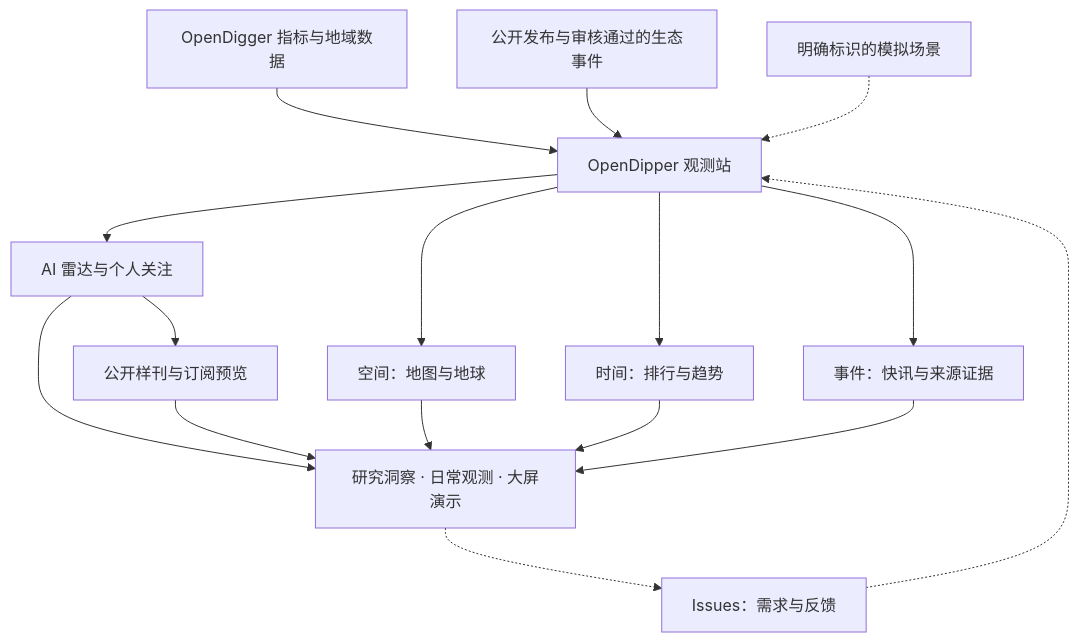
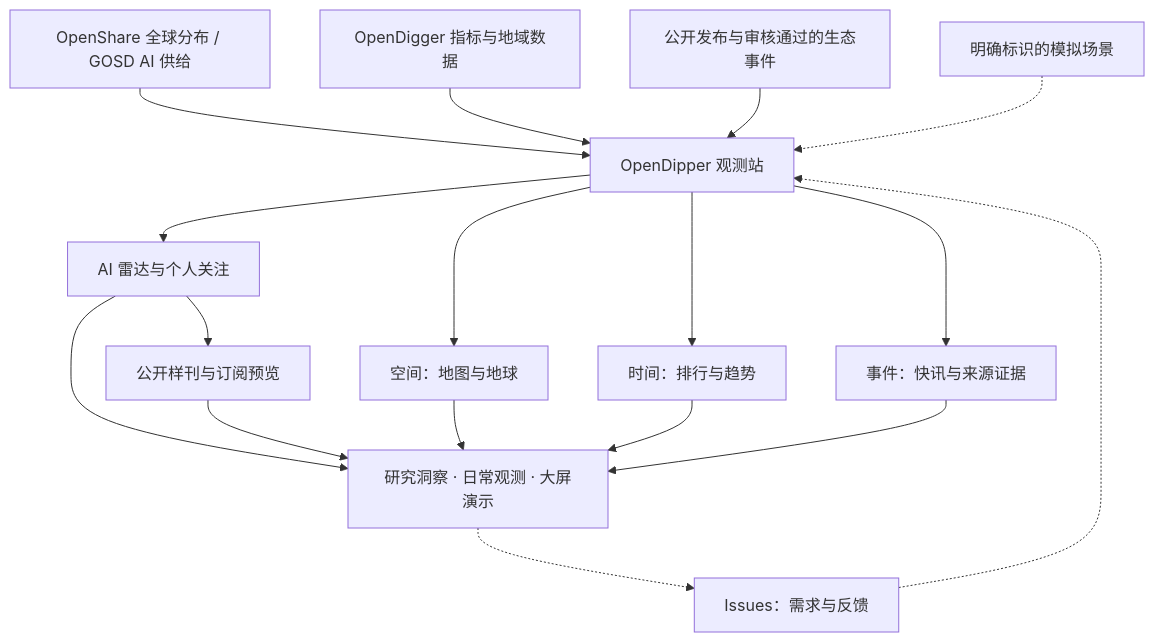
The first of 2 diagrams in README.zh-CN.md (X-lab2017/open-dipper), drawn with Mermaid before and after one commit. The commit also changed other lines of this file and 33 other files, not shown here.

First line of the commit message:
feat: add focused OpenShare geography and observed GOSD AI supply

````diff
--- a/README.zh-CN.md
+++ b/README.zh-CN.md
@@ -17,18 +17,19 @@
 ```mermaid
 flowchart TD
+  GS["OpenShare 全球分布 / GOSD AI 供给"] --> O
   M["OpenDigger 指标与地域数据"] --> O["OpenDipper 观测站"]
   E["公开发布与审核通过的生态事件"] --> O
   D["明确标识的模拟场景"] -.-> O
   O --> G["空间：地图与地球"]
   O --> T["时间：排行与趋势"]
   O --> W["事件：快讯与来源证据"]
   O --> R["AI 雷达与个人关注"]
   R --> V
   R --> S["公开样刊与订阅预览"]
   S --> V
   G --> V["研究洞察 · 日常观测 · 大屏演示"]
   T --> V
   W --> V
   V -.-> I["Issues：需求与反馈"]
   I -.-> O
 ```
````
